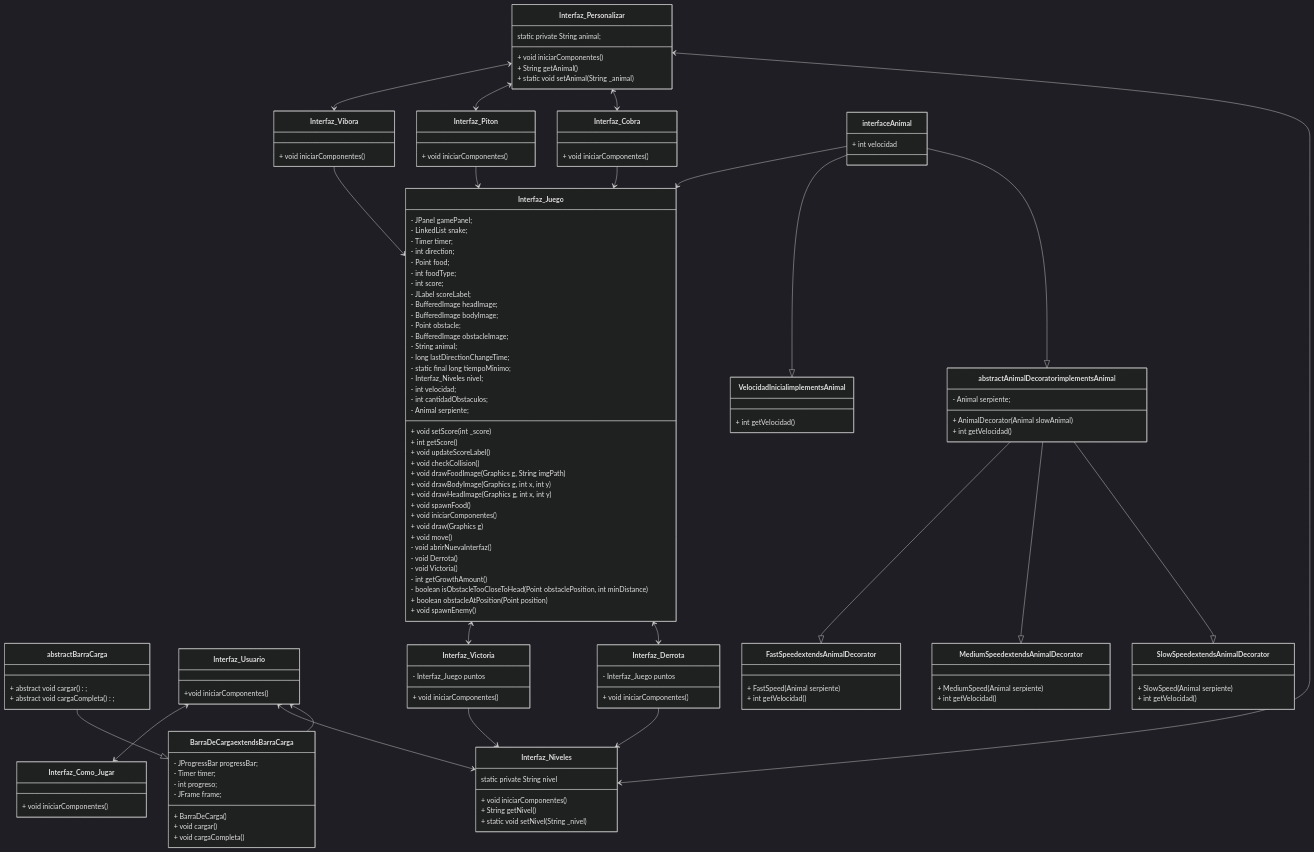
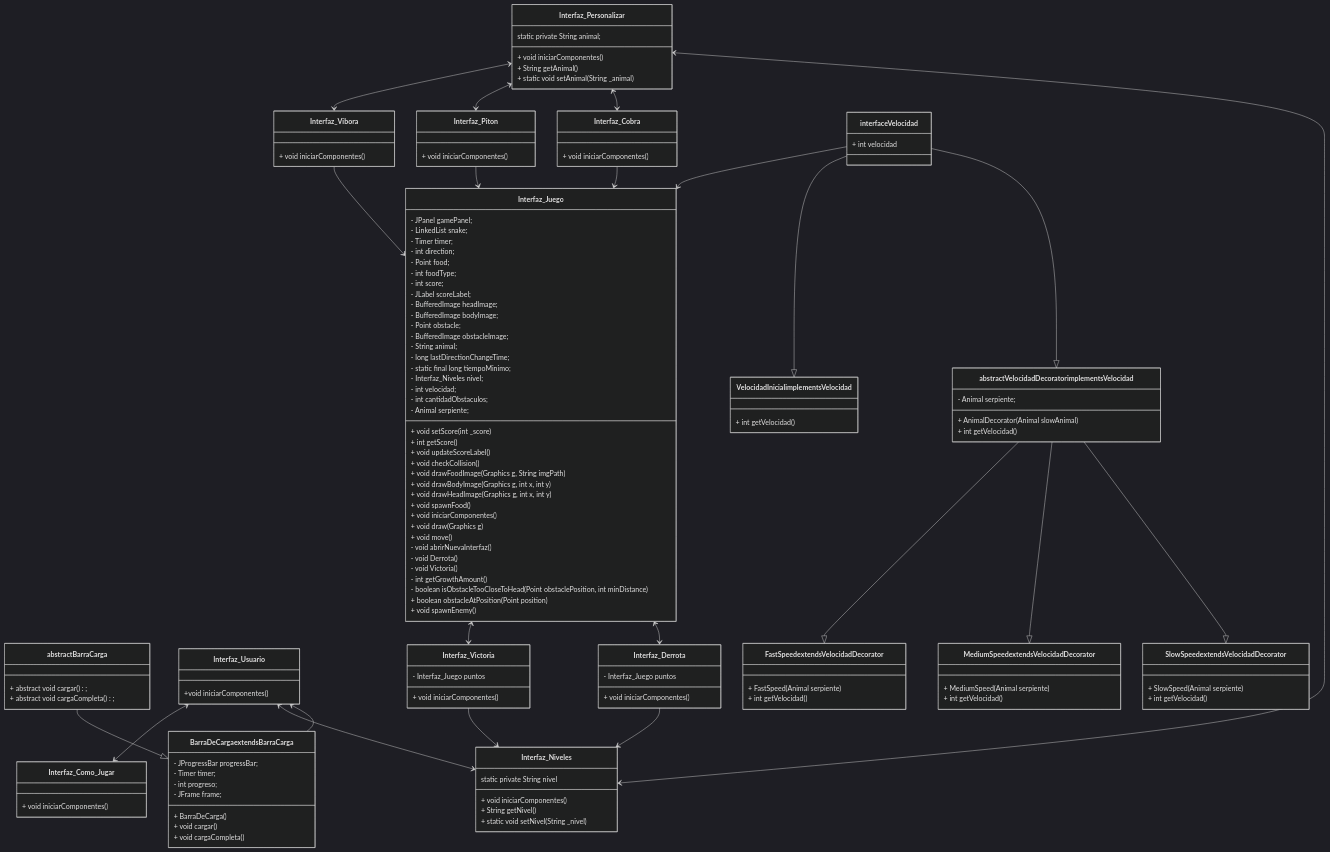
The diagram in README.md (amingom/Juego-SnakeChallenge), drawn with Mermaid (dark theme) before and after one commit.

````diff
--- a/README.md
+++ b/README.md
@@ -28,6 +28,6 @@
 ```mermaid
 
-classDiagram   
+ classDiagram   
     abstract BarraCarga --|> BarraDeCarga extends BarraCarga
     Interfaz_Usuario <-- BarraDeCarga extends BarraCarga
     Interfaz_Usuario <--> Interfaz_Niveles
@@ -43,12 +43,12 @@
     Interfaz_Juego <--> Interfaz_Victoria
     Interfaz_Derrota --> Interfaz_Niveles
     Interfaz_Victoria --> Interfaz_Niveles
-    interfaceAnimal--|> abstract AnimalDecorator implements Animal
-    interfaceAnimal--|> VelocidadInicial implements Animal
-    abstract AnimalDecorator implements Animal --|> SlowSpeed extends AnimalDecorator
-    abstract AnimalDecorator implements Animal --|> MediumSpeed extends AnimalDecorator
-    abstract AnimalDecorator implements Animal --|> FastSpeed extends AnimalDecorator
-    interfaceAnimal-->Interfaz_Juego
+    interfaceVelocidad--|> abstract VelocidadDecorator implements Velocidad
+    interfaceVelocidad--|> VelocidadInicial implements Velocidad
+    abstract VelocidadDecorator implements Velocidad --|> SlowSpeed extends VelocidadDecorator
+    abstract VelocidadDecorator implements Velocidad --|> MediumSpeed extends VelocidadDecorator
+    abstract VelocidadDecorator implements Velocidad --|> FastSpeed extends VelocidadDecorator
+    interfaceVelocidad-->Interfaz_Juego
 
    class Interfaz_Usuario{ 
     +void iniciarComponentes()
@@ -135,11 +135,11 @@
        + void iniciarComponentes()
      }
 
-     class interface Animal{
+     class interface Velocidad{
        + int velocidad
      }
 
-     class abstract AnimalDecorator implements Animal {
+     class abstract VelocidadDecorator implements Velocidad {
         - Animal serpiente;
         + AnimalDecorator(Animal slowAnimal)
         + int getVelocidad()
@@ -165,24 +165,24 @@
     + void cargaCompleta()      
     }
 
-    class FastSpeed extends AnimalDecorator{
+    class FastSpeed extends VelocidadDecorator{
         + FastSpeed(Animal serpiente)
         + int getVelocidad()
     }
 
-    class MediumSpeed extends AnimalDecorator{
+    class MediumSpeed extends VelocidadDecorator{
        + MediumSpeed(Animal serpiente)
        + int getVelocidad()
     }
 
-    class SlowSpeed extends AnimalDecorator{
+    class SlowSpeed extends VelocidadDecorator{
         + SlowSpeed(Animal serpiente)
         + int getVelocidad()
     }
 
-    class VelocidadInicial implements Animal{
+    class VelocidadInicial implements Velocidad{
        + int getVelocidad() 
     }
-   
+     
 
 ```
````
